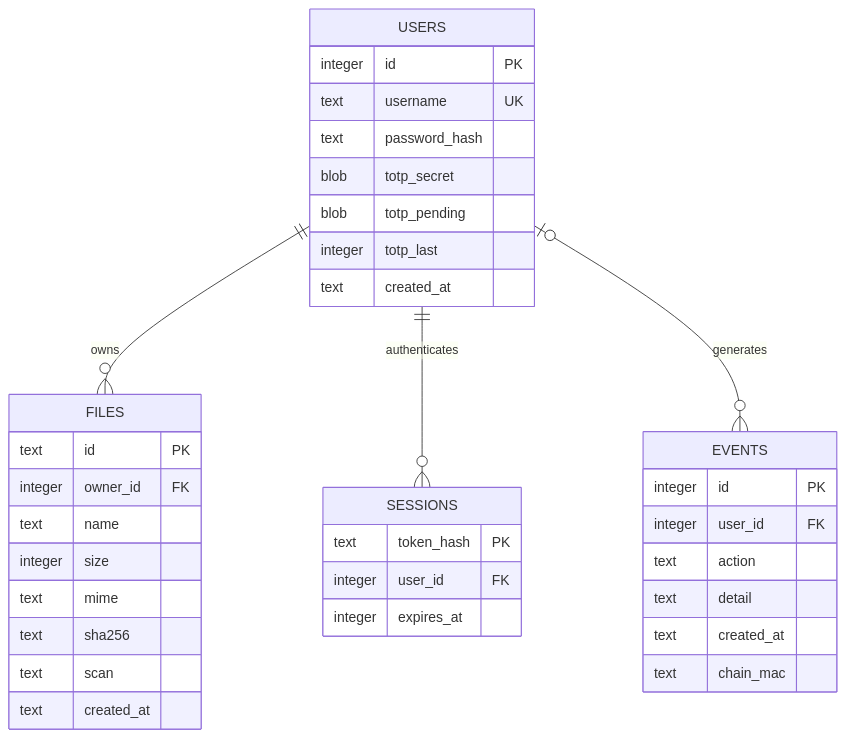
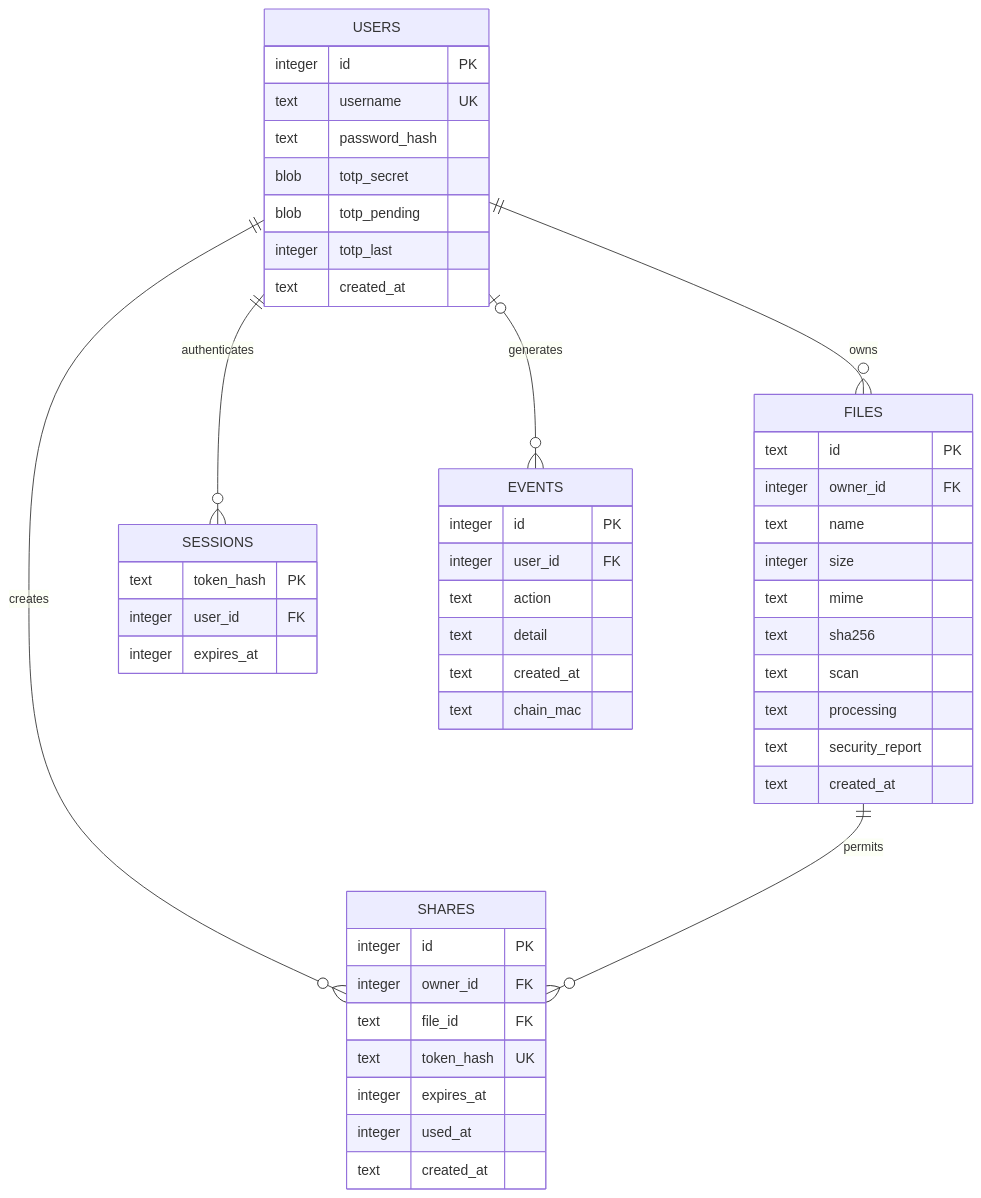
The fourth of 9 diagrams in docs/DIAGRAMS.md (abhishekk-y/Secure-File-Upload-System), drawn with Mermaid before and after one commit. The commit also changed other lines of this file and 48 other files, not shown here.

````diff
--- a/docs/DIAGRAMS.md
+++ b/docs/DIAGRAMS.md
@@ -58,38 +67,51 @@
 ```mermaid
 erDiagram
     USERS ||--o{ FILES : owns
     USERS ||--o{ SESSIONS : authenticates
     USERS |o--o{ EVENTS : generates
+    USERS ||--o{ SHARES : creates
+    FILES ||--o{ SHARES : permits
     USERS {
         integer id PK
         text username UK
         text password_hash
         blob totp_secret
         blob totp_pending
         integer totp_last
         text created_at
     }
     FILES {
         text id PK
         integer owner_id FK
         text name
         integer size
         text mime
         text sha256
         text scan
+        text processing
+        text security_report
         text created_at
     }
     SESSIONS {
         text token_hash PK
         integer user_id FK
         integer expires_at
     }
     EVENTS {
         integer id PK
         integer user_id FK
         text action
         text detail
         text created_at
         text chain_mac
     }
+    SHARES {
+        integer id PK
+        integer owner_id FK
+        text file_id FK
+        text token_hash UK
+        integer expires_at
+        integer used_at
+        text created_at
+    }
 ```
````
